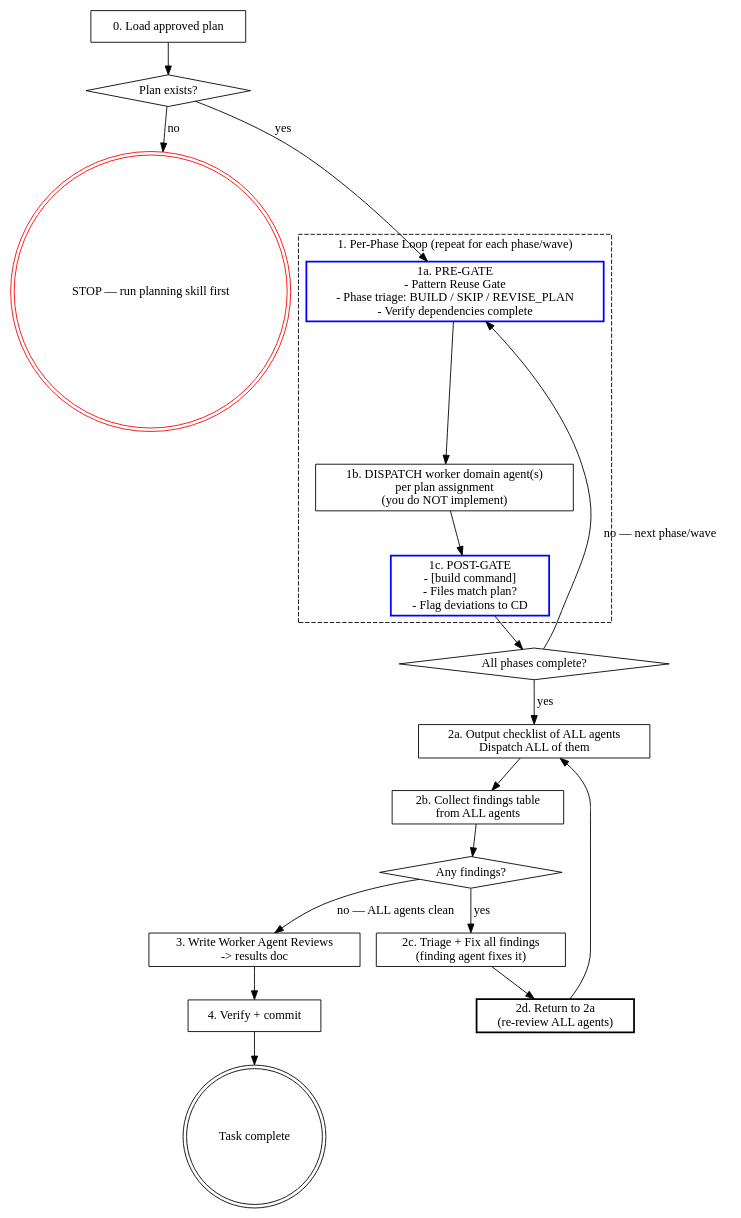
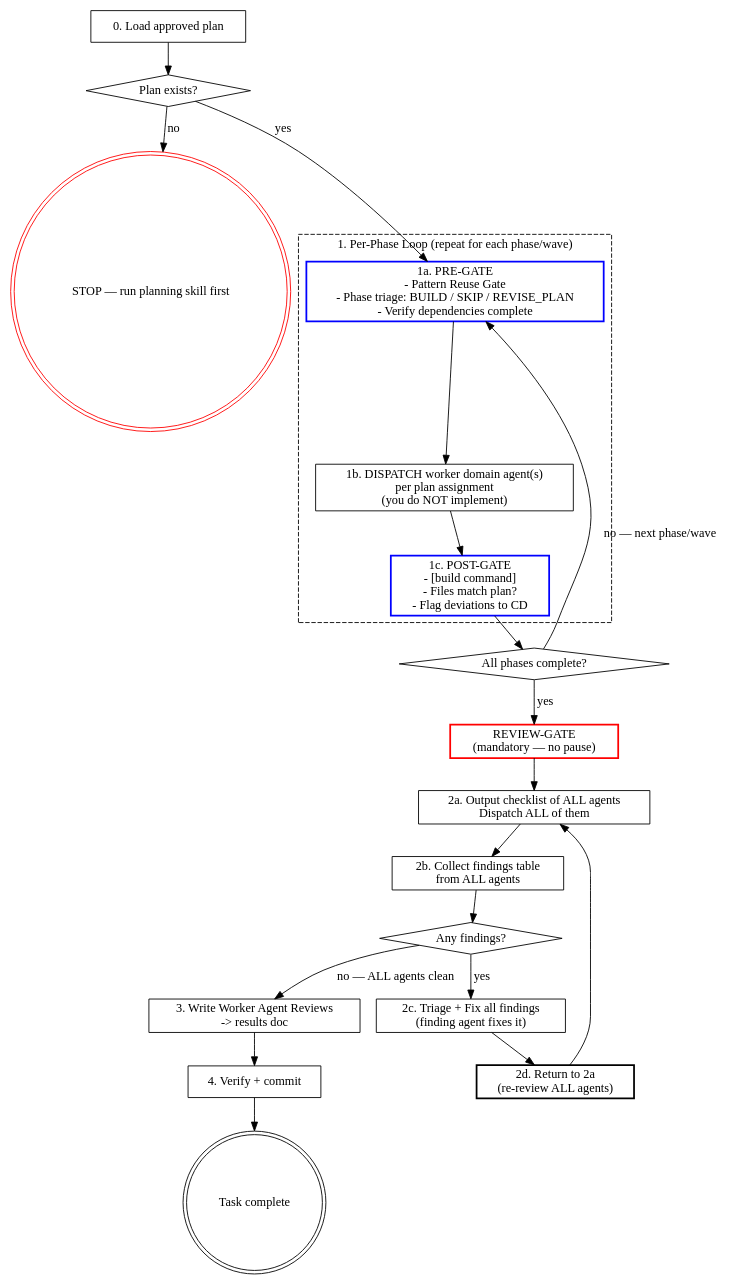
One commit to Inpacchi/cc-sdlc changed the diagram in skills/sdlc-execute/SKILL.md. Above: the diagram before and after it, drawn with Graphviz. The commit also changed other lines of this file and 2 other files, not shown here.

First line of the commit message:
feat: add REVIEW-GATE mandatory output block to execution skills

````diff
--- a/skills/sdlc-execute/SKILL.md
+++ b/skills/sdlc-execute/SKILL.md
@@ -56,45 +56,47 @@
 ```dot
 digraph execution {
     rankdir=TB;
 
     "0. Load approved plan" [shape=box];
     "Plan exists?" [shape=diamond];
     "STOP — run planning skill first" [shape=doublecircle, color=red];
 
     subgraph cluster_phase_loop {
         label="1. Per-Phase Loop (repeat for each phase/wave)";
         style=dashed;
 
         "1a. PRE-GATE\n- Pattern Reuse Gate\n- Phase triage: BUILD / SKIP / REVISE_PLAN\n- Verify dependencies complete" [shape=box, style=bold, color=blue];
         "1b. DISPATCH worker domain agent(s)\nper plan assignment\n(you do NOT implement)" [shape=box];
         "1c. POST-GATE\n- [build command]\n- Files match plan?\n- Flag deviations to CD" [shape=box, style=bold, color=blue];
     }
 
     "All phases complete?" [shape=diamond];
     "2a. Output checklist of ALL agents\nDispatch ALL of them" [shape=box];
     "2b. Collect findings table\nfrom ALL agents" [shape=box];
     "Any findings?" [shape=diamond];
     "2c. Triage + Fix all findings\n(finding agent fixes it)" [shape=box];
     "2d. Return to 2a\n(re-review ALL agents)" [shape=box, style=bold];
     "3. Write Worker Agent Reviews\n-> results doc" [shape=box];
     "4. Verify + commit" [shape=box];
     "Task complete" [shape=doublecircle];
 
     "0. Load approved plan" -> "Plan exists?";
     "Plan exists?" -> "STOP — run planning skill first" [label="no"];
     "Plan exists?" -> "1a. PRE-GATE\n- Pattern Reuse Gate\n- Phase triage: BUILD / SKIP / REVISE_PLAN\n- Verify dependencies complete" [label="yes"];
     "1a. PRE-GATE\n- Pattern Reuse Gate\n- Phase triage: BUILD / SKIP / REVISE_PLAN\n- Verify dependencies complete" -> "1b. DISPATCH worker domain agent(s)\nper plan assignment\n(you do NOT implement)";
     "1b. DISPATCH worker domain agent(s)\nper plan assignment\n(you do NOT implement)" -> "1c. POST-GATE\n- [build command]\n- Files match plan?\n- Flag deviations to CD";
     "1c. POST-GATE\n- [build command]\n- Files match plan?\n- Flag deviations to CD" -> "All phases complete?";
     "All phases complete?" -> "1a. PRE-GATE\n- Pattern Reuse Gate\n- Phase triage: BUILD / SKIP / REVISE_PLAN\n- Verify dependencies complete" [label="no — next phase/wave"];
-    "All phases complete?" -> "2a. Output checklist of ALL agents\nDispatch ALL of them" [label="yes"];
+    "All phases complete?" -> "REVIEW-GATE\n(mandatory — no pause)" [label="yes"];
+    "REVIEW-GATE\n(mandatory — no pause)" [shape=box, style=bold, color=red];
+    "REVIEW-GATE\n(mandatory — no pause)" -> "2a. Output checklist of ALL agents\nDispatch ALL of them";
     "2a. Output checklist of ALL agents\nDispatch ALL of them" -> "2b. Collect findings table\nfrom ALL agents";
     "2b. Collect findings table\nfrom ALL agents" -> "Any findings?";
     "Any findings?" -> "2c. Triage + Fix all findings\n(finding agent fixes it)" [label="yes"];
     "2c. Triage + Fix all findings\n(finding agent fixes it)" -> "2d. Return to 2a\n(re-review ALL agents)";
     "2d. Return to 2a\n(re-review ALL agents)" -> "2a. Output checklist of ALL agents\nDispatch ALL of them";
     "Any findings?" -> "3. Write Worker Agent Reviews\n-> results doc" [label="no — ALL agents clean"];
     "3. Write Worker Agent Reviews\n-> results doc" -> "4. Verify + commit";
     "4. Verify + commit" -> "Task complete";
 }
 ```
````
